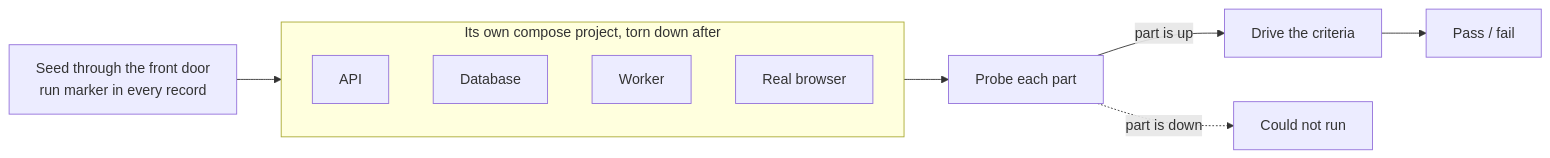
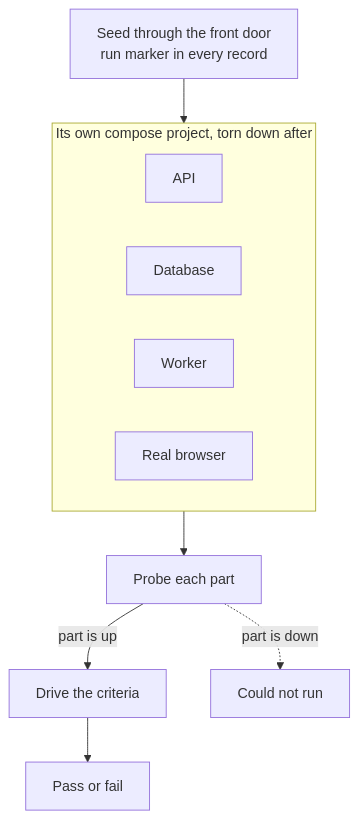
Before and after one commit to opslane/verify: the second of 2 diagrams in docs/talk/README.md, drawn with Mermaid. The commit also changed other lines of this file, not shown here.

First line of the commit message:
docs(talk): put the criterion on screen and make the stack diagram fit

````diff
--- a/docs/talk/README.md
+++ b/docs/talk/README.md
@@ -101,18 +104,19 @@
 ```mermaid
-flowchart LR
+flowchart TD
+    seed["Seed through the front door<br>run marker in every record"]
     subgraph stack["Its own compose project, torn down after"]
+        direction LR
         api["API"]
         db["Database"]
         worker["Worker"]
         browser["Real browser"]
     end
-    seed["Seed through the front door<br>run marker in every record"]
     probe["Probe each part"]
     drive["Drive the criteria"]
-    verdict["Pass / fail"]
+    verdict["Pass or fail"]
     cnr["Could not run"]
 
     seed --> stack --> probe
     probe -->|"part is up"| drive --> verdict
     probe -.->|"part is down"| cnr
 ```
````
